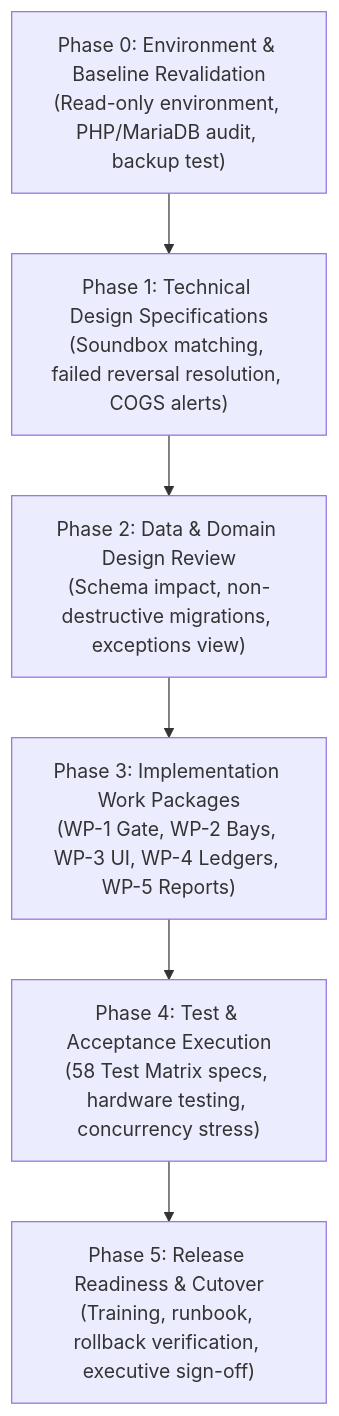
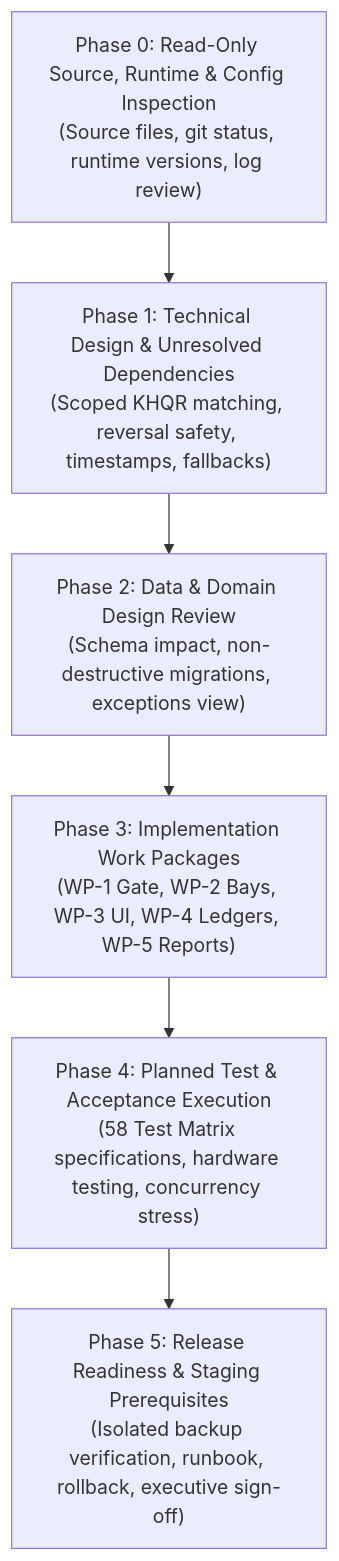
Before and after one commit to Tiffy-gif/Car-WashService: the first of 2 diagrams in POS-FINAL-IMPLEMENTATION-PLAN.md, drawn with Mermaid. The commit also changed other lines of this file and 3 other files, not shown here.

````diff
--- a/POS-FINAL-IMPLEMENTATION-PLAN.md
+++ b/POS-FINAL-IMPLEMENTATION-PLAN.md
@@ -29,8 +30,8 @@
 ```mermaid
 flowchart TD
-    P0["Phase 0: Environment & Baseline Revalidation\n(Read-only environment, PHP/MariaDB audit, backup test)"] --> P1["Phase 1: Technical Design Specifications\n(Soundbox matching, failed reversal resolution, COGS alerts)"]
+    P0["Phase 0: Read-Only Source, Runtime & Config Inspection\n(Source files, git status, runtime versions, log review)"] --> P1["Phase 1: Technical Design & Unresolved Dependencies\n(Scoped KHQR matching, reversal safety, timestamps, fallbacks)"]
     P1 --> P2["Phase 2: Data & Domain Design Review\n(Schema impact, non-destructive migrations, exceptions view)"]
     P2 --> P3["Phase 3: Implementation Work Packages\n(WP-1 Gate, WP-2 Bays, WP-3 UI, WP-4 Ledgers, WP-5 Reports)"]
-    P3 --> P4["Phase 4: Test & Acceptance Execution\n(58 Test Matrix specs, hardware testing, concurrency stress)"]
-    P4 --> P5["Phase 5: Release Readiness & Cutover\n(Training, runbook, rollback verification, executive sign-off)"]
+    P3 --> P4["Phase 4: Planned Test & Acceptance Execution\n(58 Test Matrix specifications, hardware testing, concurrency stress)"]
+    P4 --> P5["Phase 5: Release Readiness & Staging Prerequisites\n(Isolated backup verification, runbook, rollback, executive sign-off)"]
 ```
````
